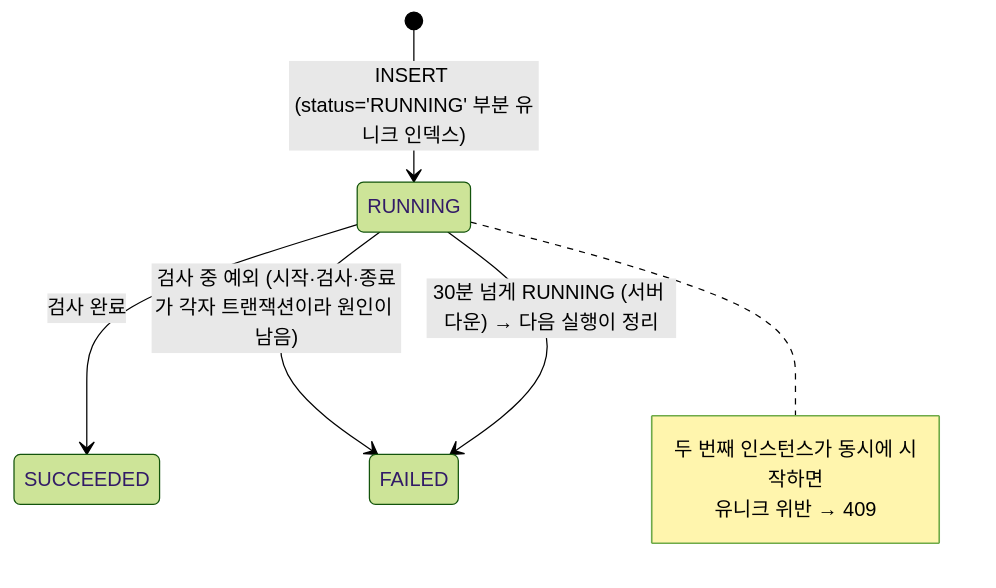
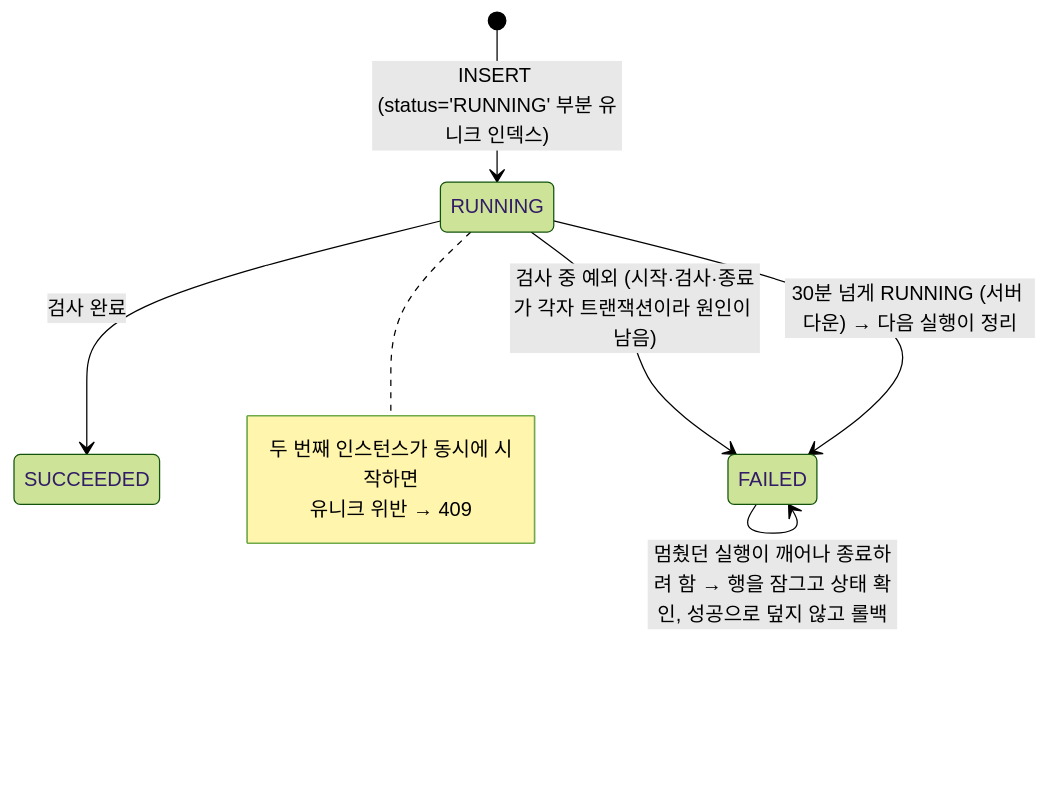
Before and after one commit to ochanhyeok/wefin-be: the tenth of 12 diagrams in docs/design-history.md, drawn with Mermaid (forest theme). The commit also changed other lines of this file and 10 other files, not shown here.

````diff
--- a/docs/design-history.md
+++ b/docs/design-history.md
@@ -267,11 +267,12 @@
 ```mermaid
 stateDiagram-v2
     [*] --> RUNNING: INSERT (status='RUNNING' 부분 유니크 인덱스)
     RUNNING --> SUCCEEDED: 검사 완료
     RUNNING --> FAILED: 검사 중 예외 (시작·검사·종료가 각자 트랜잭션이라 원인이 남음)
     RUNNING --> FAILED: 30분 넘게 RUNNING (서버 다운) → 다음 실행이 정리
+    FAILED --> FAILED: 멈췄던 실행이 깨어나 종료하려 함 → 행을 잠그고 상태 확인, 성공으로 덮지 않고 롤백
     note right of RUNNING
       두 번째 인스턴스가 동시에 시작하면
       유니크 위반 → 409
     end note
 ```
````
